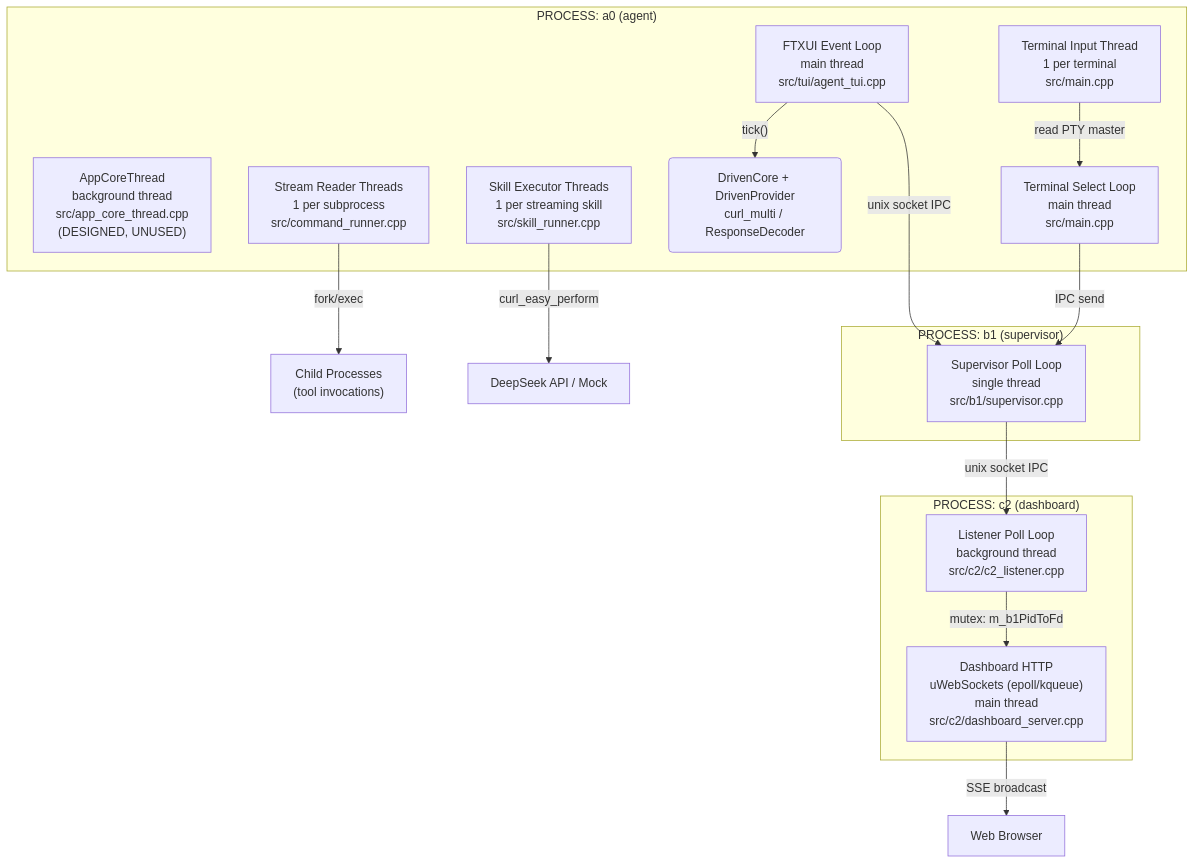
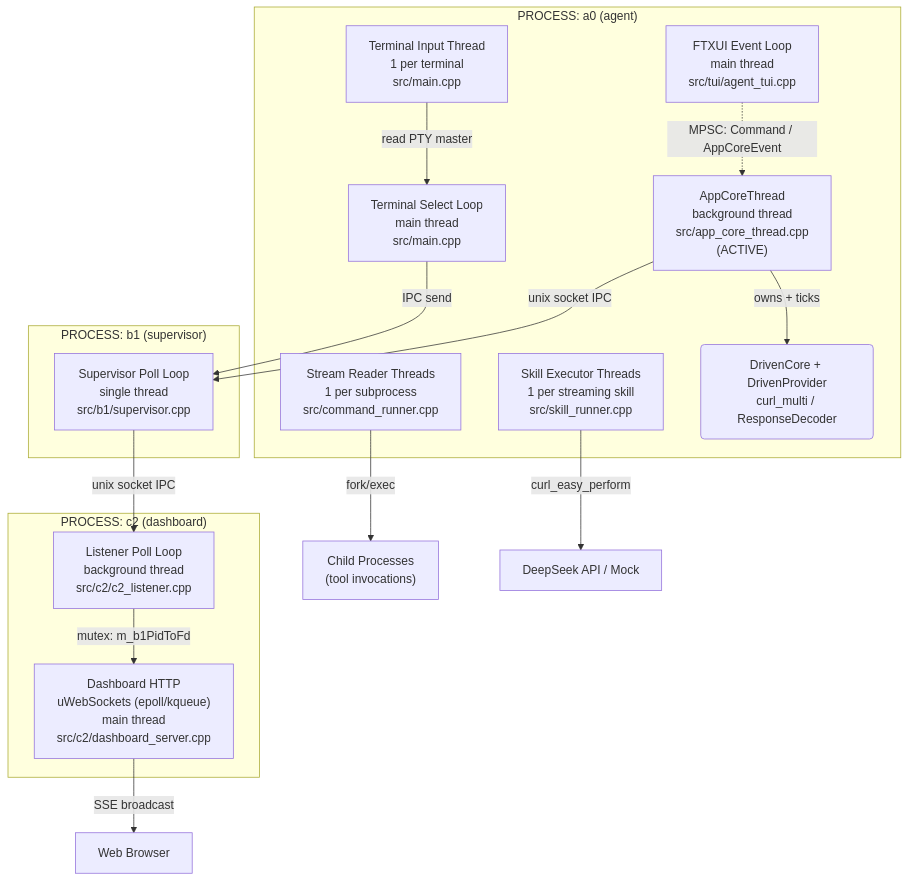
The first of 7 diagrams in specs/concurrency-model.md (opensassi/a0), drawn with Mermaid before and after one commit. The commit also changed other lines of this file and 50 other files, not shown here.

````diff
--- a/specs/concurrency-model.md
+++ b/specs/concurrency-model.md
@@ -27,33 +27,35 @@
 ```mermaid
 graph TB
     subgraph "PROCESS: a0 (agent)"
         FTXUI["FTXUI Event Loop<br/>main thread<br/>src/tui/agent_tui.cpp"]
-        APPCT["AppCoreThread<br/>background thread<br/>src/app_core_thread.cpp<br/>(DESIGNED, UNUSED)"]
+        APPCT["AppCoreThread<br/>background thread<br/>src/app_core_thread.cpp<br/>(ACTIVE)"]
         STRM["Stream Reader Threads<br/>1 per subprocess<br/>src/command_runner.cpp"]
         SKEX["Skill Executor Threads<br/>1 per streaming skill<br/>src/skill_runner.cpp"]
         TINP["Terminal Input Thread<br/>1 per terminal<br/>src/main.cpp"]
         TSEL["Terminal Select Loop<br/>main thread<br/>src/main.cpp"]
+        DRIVEN("DrivenCore + DrivenProvider<br/>curl_multi / ResponseDecoder")
 
-        FTXUI -->|"tick()"| DRIVEN("DrivenCore + DrivenProvider<br/>curl_multi / ResponseDecoder")
+        FTXUI -.->|"MPSC: Command / AppCoreEvent"| APPCT
+        APPCT -->|"owns + ticks"| DRIVEN
     end
 
     subgraph "PROCESS: b1 (supervisor)"
         B1["Supervisor Poll Loop<br/>single thread<br/>src/b1/supervisor.cpp"]
     end
 
     subgraph "PROCESS: c2 (dashboard)"
         C2HTTP["Dashboard HTTP<br/>uWebSockets (epoll/kqueue)<br/>main thread<br/>src/c2/dashboard_server.cpp"]
         C2LSTN["Listener Poll Loop<br/>background thread<br/>src/c2/c2_listener.cpp"]
     end
 
-    FTXUI -->|"unix socket IPC"| B1
+    APPCT -->|"unix socket IPC"| B1
     B1 -->|"unix socket IPC"| C2LSTN
     C2LSTN -->|"mutex: m_b1PidToFd"| C2HTTP
     C2HTTP -->|"SSE broadcast"| BROWSER["Web Browser"]
 
     STRM -->|"fork/exec"| CHILD["Child Processes<br/>(tool invocations)"]
     SKEX -->|"curl_easy_perform"| LLM["DeepSeek API / Mock"]
 
     TINP -->|"read PTY master"| TSEL
     TSEL -->|"IPC send"| B1
 ```
````
